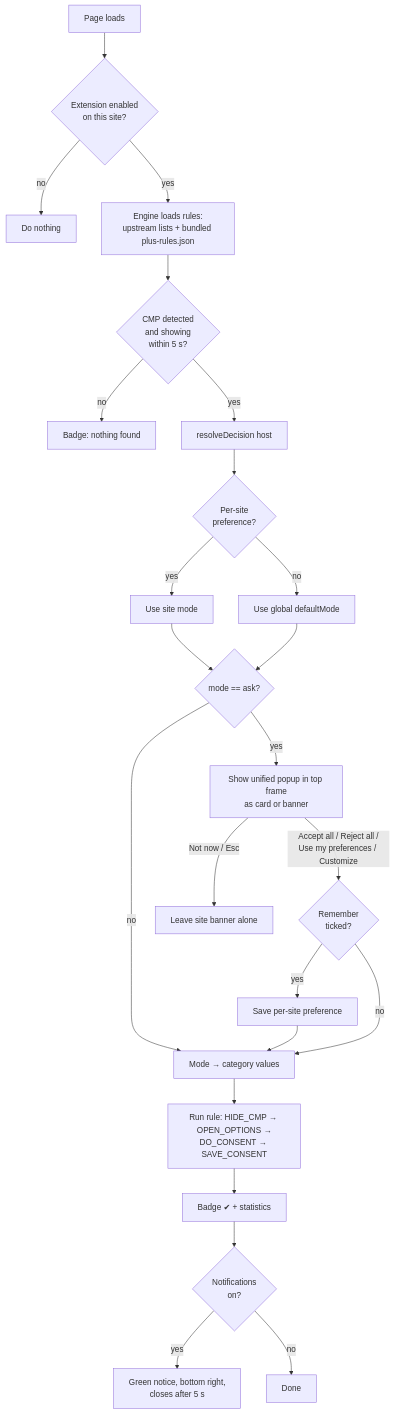
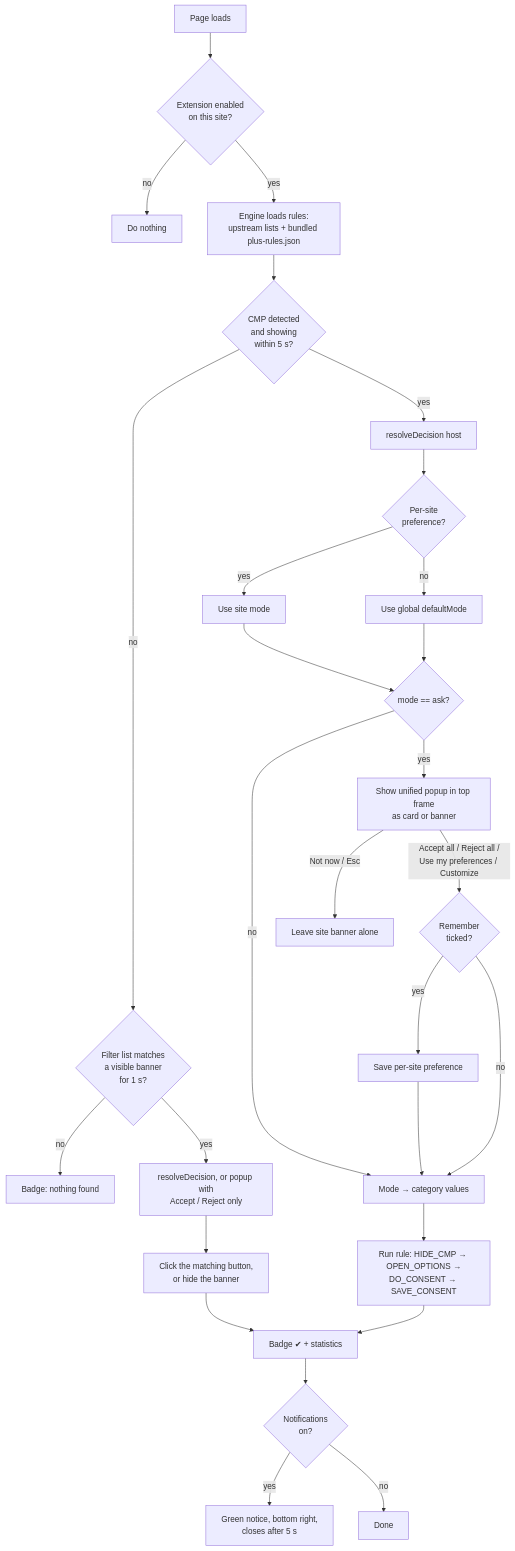
The diagram in docs/PLUS_DESIGN.md (cavi-au/Consent-O-Matic), drawn with Mermaid before and after one commit. The commit also changed other lines of this file and 18 other files, not shown here.

First line of the commit message:
Detect banners with no rule using the AdGuard Cookie Notices filter list

````diff
--- a/docs/PLUS_DESIGN.md
+++ b/docs/PLUS_DESIGN.md
@@ -64,26 +66,30 @@
 ```mermaid
 flowchart TD
     A[Page loads] --> B{Extension enabled<br/>on this site?}
     B -- no --> Z[Do nothing]
     B -- yes --> C[Engine loads rules:<br/>upstream lists + bundled plus-rules.json]
     C --> D{CMP detected<br/>and showing<br/>within 5 s?}
-    D -- no --> Z2[Badge: nothing found]
+    D -- no --> FL{Filter list matches<br/>a visible banner<br/>for 1 s?}
+    FL -- no --> Z2[Badge: nothing found]
+    FL -- yes --> FLD[resolveDecision, or popup with<br/>Accept / Reject only]
+    FLD --> FLA[Click the matching button,<br/>or hide the banner]
+    FLA --> O
     D -- yes --> E[resolveDecision host]
     E --> F{Per-site<br/>preference?}
     F -- yes --> G[Use site mode]
     F -- no --> H[Use global defaultMode]
     G --> I{mode == ask?}
     H --> I
     I -- no --> J[Mode → category values]
     I -- yes --> K[Show unified popup in top frame<br/>as card or banner]
     K -- Not now / Esc --> Z3[Leave site banner alone]
     K -- Accept all / Reject all /<br/>Use my preferences / Customize --> L{Remember<br/>ticked?}
     L -- yes --> M[Save per-site preference]
     L -- no --> J
     M --> J
     J --> N[Run rule: HIDE_CMP → OPEN_OPTIONS →<br/>DO_CONSENT → SAVE_CONSENT]
     N --> O[Badge ✔ + statistics]
     O --> P{Notifications<br/>on?}
     P -- yes --> Q[Green notice, bottom right,<br/>closes after 5 s]
     P -- no --> R[Done]
 ```
````
